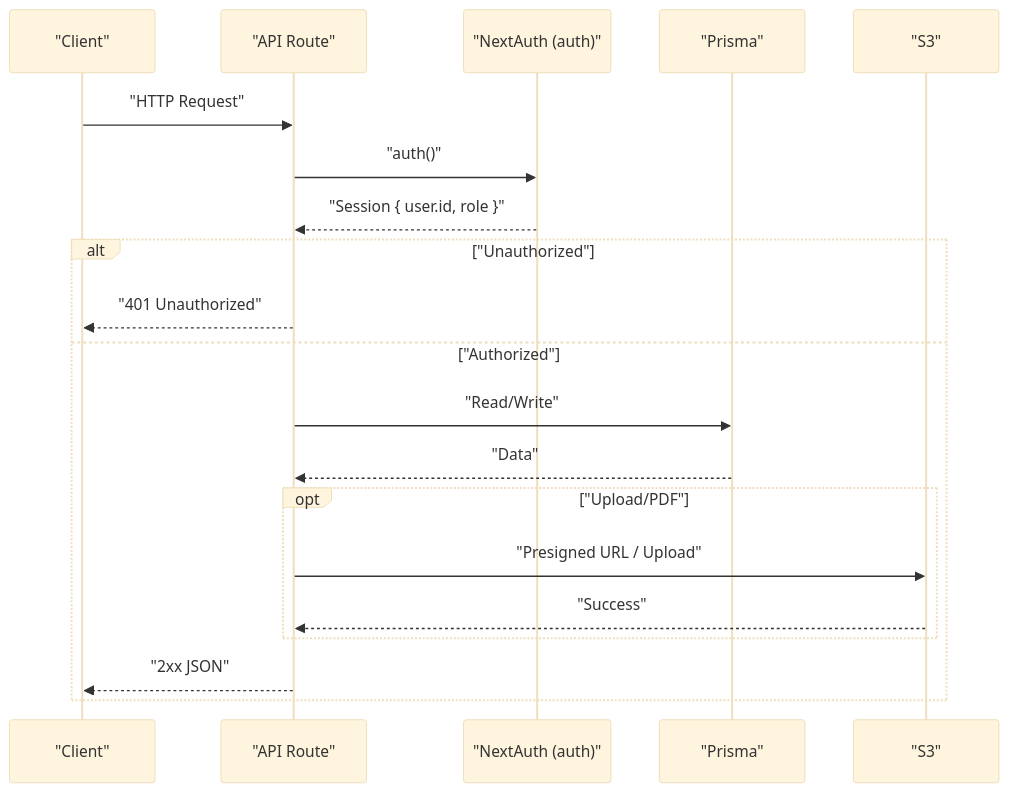
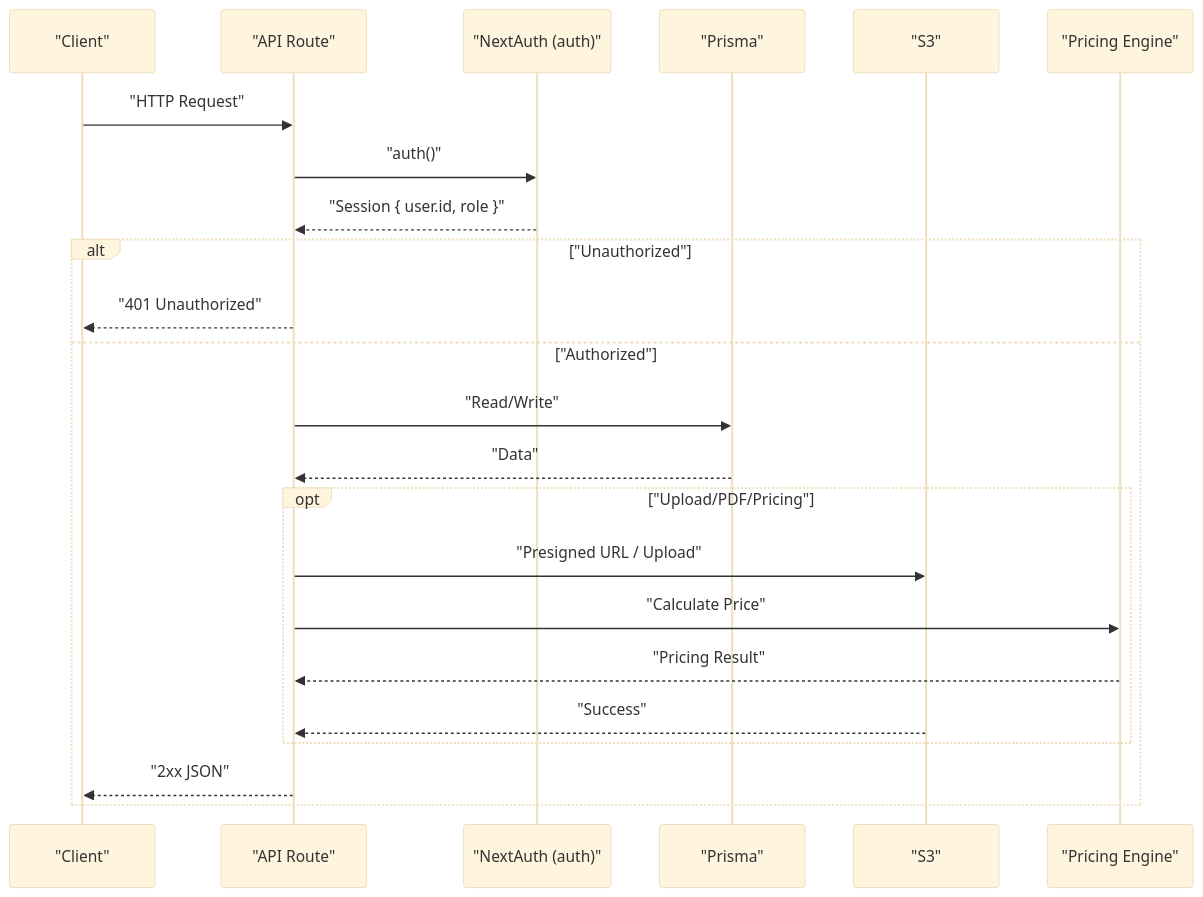
The second of 5 diagrams in .qoder/repowiki/en/content/API Reference/API Reference.md (Crowdspender/titchybooks-app), drawn with Mermaid (base theme) before and after one commit. The commit also changed other lines of this file and 62 other files, not shown here.

````diff
--- a/.qoder/repowiki/en/content/API Reference/API Reference.md
+++ b/.qoder/repowiki/en/content/API Reference/API Reference.md
@@ -138,22 +213,25 @@
 ```mermaid
 sequenceDiagram
 participant Client as "Client"
 participant Route as "API Route"
 participant Auth as "NextAuth (auth)"
 participant DB as "Prisma"
 participant S3 as "S3"
+participant Pricing as "Pricing Engine"
 Client->>Route : "HTTP Request"
 Route->>Auth : "auth()"
 Auth-->>Route : "Session { user.id, role }"
 alt "Unauthorized"
 Route-->>Client : "401 Unauthorized"
 else "Authorized"
 Route->>DB : "Read/Write"
 DB-->>Route : "Data"
-opt "Upload/PDF"
+opt "Upload/PDF/Pricing"
 Route->>S3 : "Presigned URL / Upload"
+Route->>Pricing : "Calculate Price"
+Pricing-->>Route : "Pricing Result"
 S3-->>Route : "Success"
 end
 Route-->>Client : "2xx JSON"
 end
 ```
````
